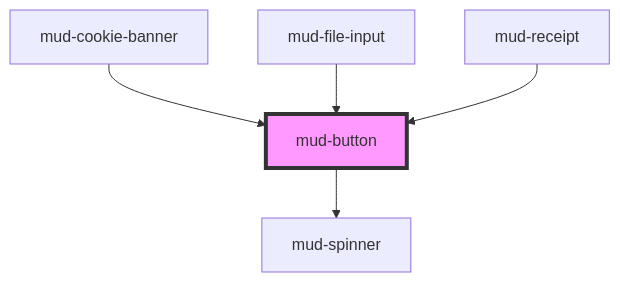
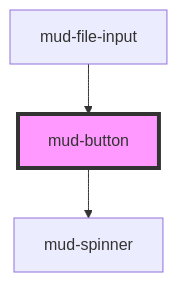
The diagram in src/components/mud-button/readme.md (egov-moldova/design-system), drawn with Mermaid before and after one commit. The commit also changed other lines of this file and 32 other files, not shown here.

First line of the commit message:
feat!: remove mud-cookie-banner and mud-receipt

````diff
--- a/src/components/mud-button/readme.md
+++ b/src/components/mud-button/readme.md
@@ -60,8 +58,6 @@
 ```mermaid
 graph TD;
   mud-button --> mud-spinner
-  mud-cookie-banner --> mud-button
   mud-file-input --> mud-button
-  mud-receipt --> mud-button
   style mud-button fill:#f9f,stroke:#333,stroke-width:4px
 ```
````
